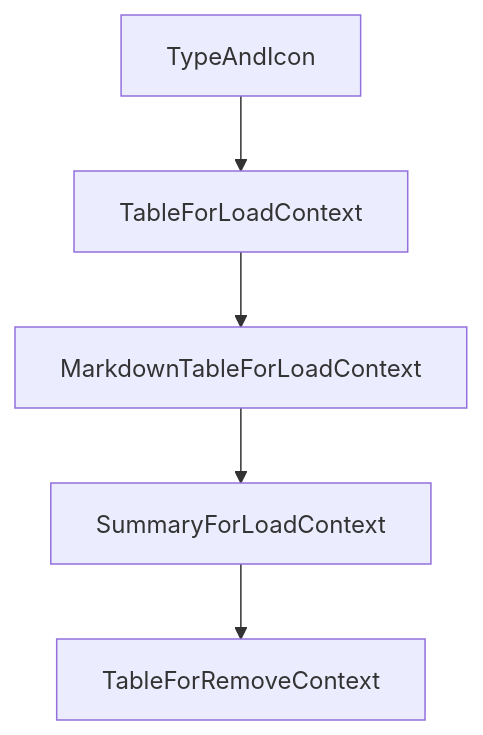
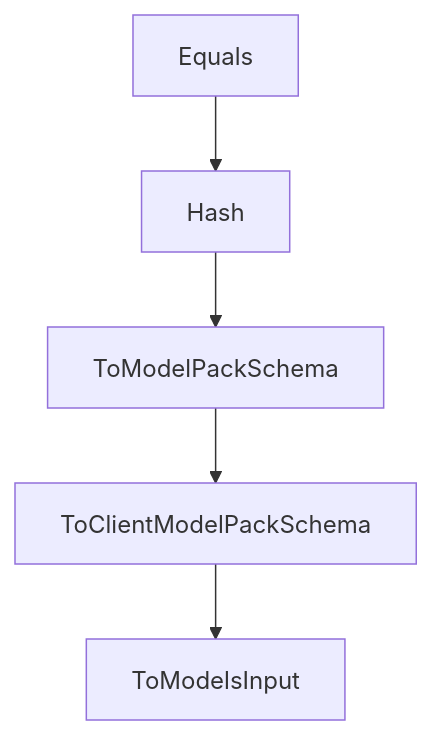
One commit to johnxie/awesome-code-docs changed the diagram in tutorials/plandex-tutorial/06-autonomy-control-and-debugging.md. Above: the diagram before and after it, drawn with Mermaid. The commit also changed other lines of this file and 1232 other files, not shown here.

````diff
--- a/tutorials/plandex-tutorial/06-autonomy-control-and-debugging.md
+++ b/tutorials/plandex-tutorial/06-autonomy-control-and-debugging.md
@@ -200,12 +198,12 @@
 ```mermaid
 flowchart TD
-    A[TypeAndIcon]
-    B[TableForLoadContext]
-    C[MarkdownTableForLoadContext]
-    D[SummaryForLoadContext]
-    E[TableForRemoveContext]
+    A[Equals]
+    B[Hash]
+    C[ToModelPackSchema]
+    D[ToClientModelPackSchema]
+    E[ToModelsInput]
     A --> B
     B --> C
     C --> D
     D --> E
 ```
````
